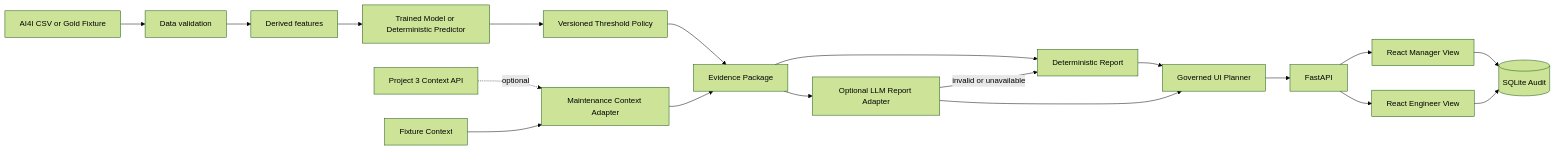
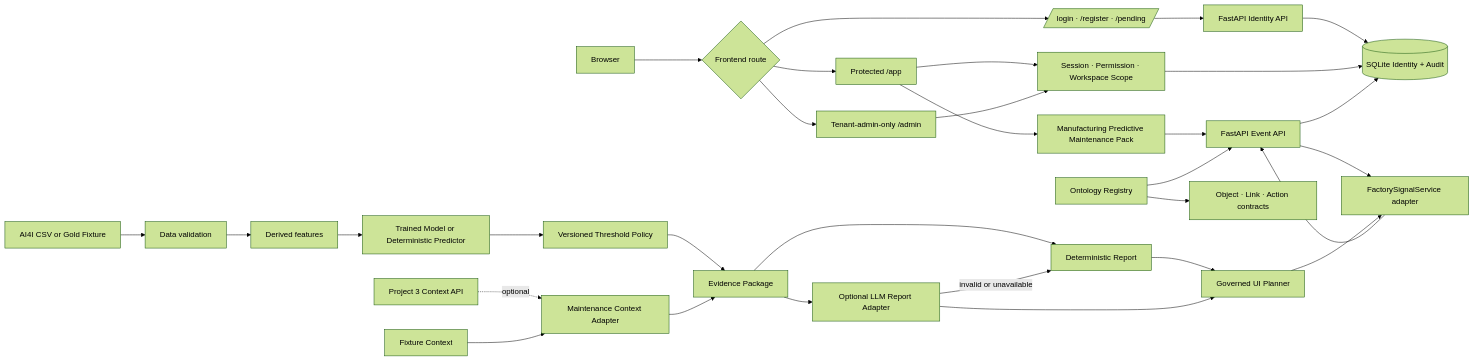
One commit to oosuhada/agentic-ontology-dashboard changed the diagram in docs/architecture/current-state.md. Above: the diagram before and after it, drawn with Mermaid (forest theme). The commit also changed other lines of this file and 51 other files, not shown here.

Commit message:
feat: add ontology dashboard auth rbac and admin foundation

````diff
--- a/docs/architecture/current-state.md
+++ b/docs/architecture/current-state.md
@@ -3,21 +17,37 @@
 ```mermaid
 flowchart LR
-    A[AI4I CSV or Gold Fixture] --> B[Data validation]
-    B --> C[Derived features]
-    C --> D[Trained Model or Deterministic Predictor]
-    D --> E[Versioned Threshold Policy]
-    E --> F[Evidence Package]
-    P3[Project 3 Context API] -. optional .-> G[Maintenance Context Adapter]
-    FX[Fixture Context] --> G
-    G --> F
-    F --> H[Deterministic Report]
-    F --> I[Optional LLM Report Adapter]
-    I -->|invalid or unavailable| H
-    H --> J[Governed UI Planner]
-    I --> J
-    J --> K[FastAPI]
-    K --> L[React Manager View]
-    K --> M[React Engineer View]
-    L --> N[(SQLite Audit)]
-    M --> N
+    U[Browser] --> R{Frontend route}
+    R --> A1[/login · /register · /pending/]
+    R --> A2[Protected /app]
+    R --> A3[Tenant-admin-only /admin]
+
+    A1 --> ID[FastAPI Identity API]
+    A2 --> RBAC[Session · Permission · Workspace Scope]
+    A3 --> RBAC
+    ID --> DB[(SQLite Identity + Audit)]
+    RBAC --> DB
+
+    A2 --> PACK[Manufacturing Predictive Maintenance Pack]
+    PACK --> K[FastAPI Event API]
+    K --> S[FactorySignalService adapter]
+
+    X[AI4I CSV or Gold Fixture] --> V[Data validation]
+    V --> D[Derived features]
+    D --> M[Trained Model or Deterministic Predictor]
+    M --> P[Versioned Threshold Policy]
+    P --> E[Evidence Package]
+    P3[Project 3 Context API] -. optional .-> C[Maintenance Context Adapter]
+    FX[Fixture Context] --> C
+    C --> E
+    E --> H[Deterministic Report]
+    E --> L[Optional LLM Report Adapter]
+    L -->|invalid or unavailable| H
+    H --> G[Governed UI Planner]
+    L --> G
+    G --> S
+    S --> K
+    K --> DB
+
+    O[Ontology Registry] --> K
+    O --> OC[Object · Link · Action contracts]
 ```
````
